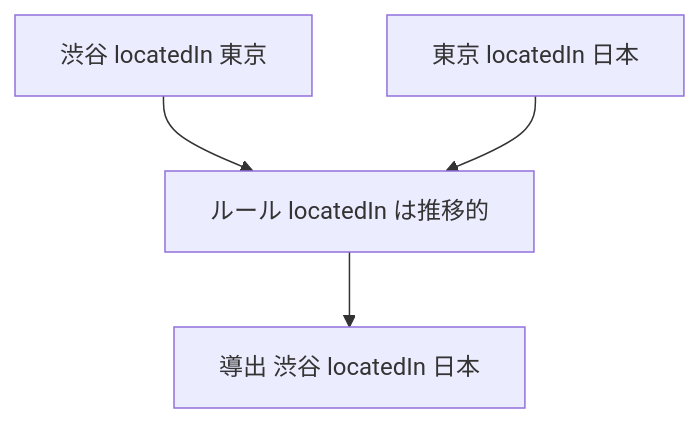
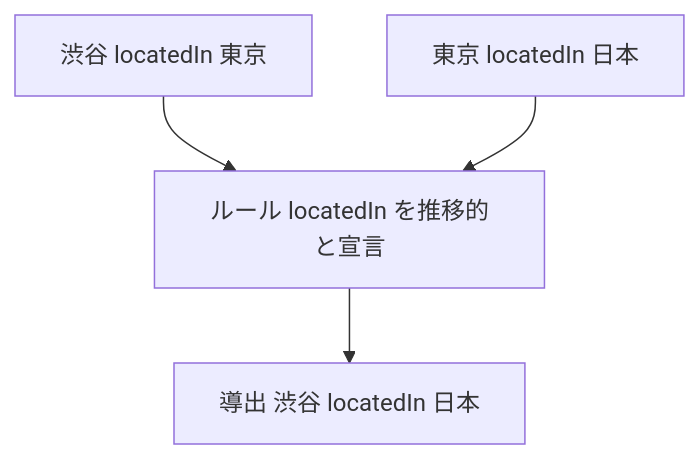
Before and after one commit to myoshi2891/Comparison-of-LLMs: diagram 11 of 16 in Knowledge-graphs-fundamentals-techniques-guide.md, drawn with Mermaid. The commit also changed other lines of this file, not shown here.

````diff
--- a/Knowledge-graphs-fundamentals-techniques-guide.md
+++ b/Knowledge-graphs-fundamentals-techniques-guide.md
@@ -933,10 +933,10 @@
 ```mermaid
 flowchart TD
     A["渋谷 locatedIn 東京"]
     B["東京 locatedIn 日本"]
-    Rule["ルール locatedIn は推移的"]
+    Rule["ルール locatedIn を推移的と宣言"]
     C["導出 渋谷 locatedIn 日本"]
     A --> Rule
     B --> Rule
     Rule --> C
 ```
````
